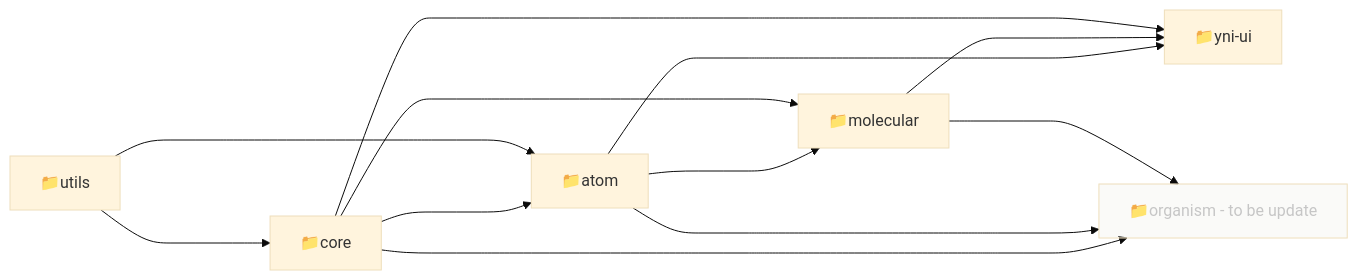
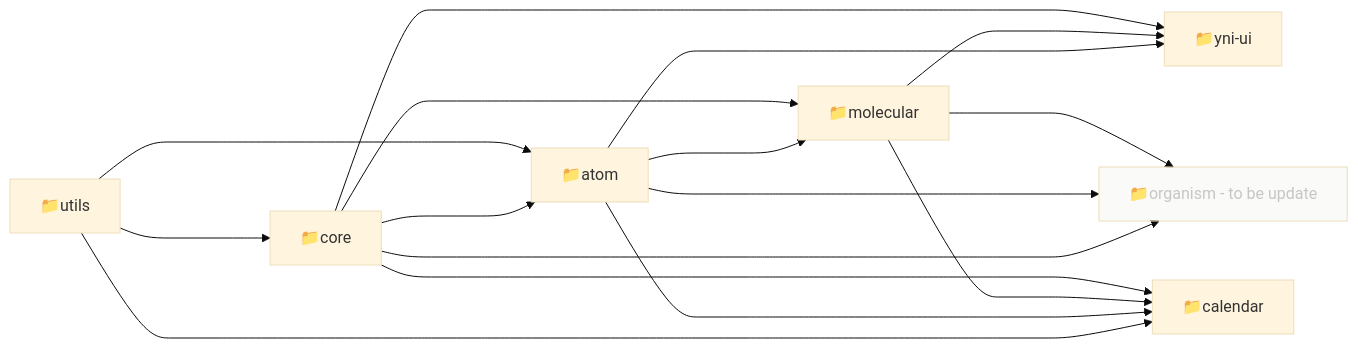
One commit to 99mini/frontend-libraries changed the diagram in README.md. Above: the diagram before and after it, drawn with Mermaid (base theme). The commit also changed other lines of this file, not shown here.

````diff
--- a/README.md
+++ b/README.md
@@ -38,17 +39,19 @@
 ```mermaid
 graph LR
     classDef toBeUpdated fill:#EBEBE445, color: #C6C6C6
 
 
     atom[📁atom] ----> molecular[📁molecular]
 
     core[📁core] ----> atom & molecular & organism
 
     utils[📁utils] ----> atom & core
 
     atom & molecular & core ----> yni-ui[📁yni-ui]
 
     atom & molecular ----> organism[📁organism - to be update]:::toBeUpdated
 
+    utils & atom & molecular & core ----> calendar[📁calendar]
+
 
 ```
````
